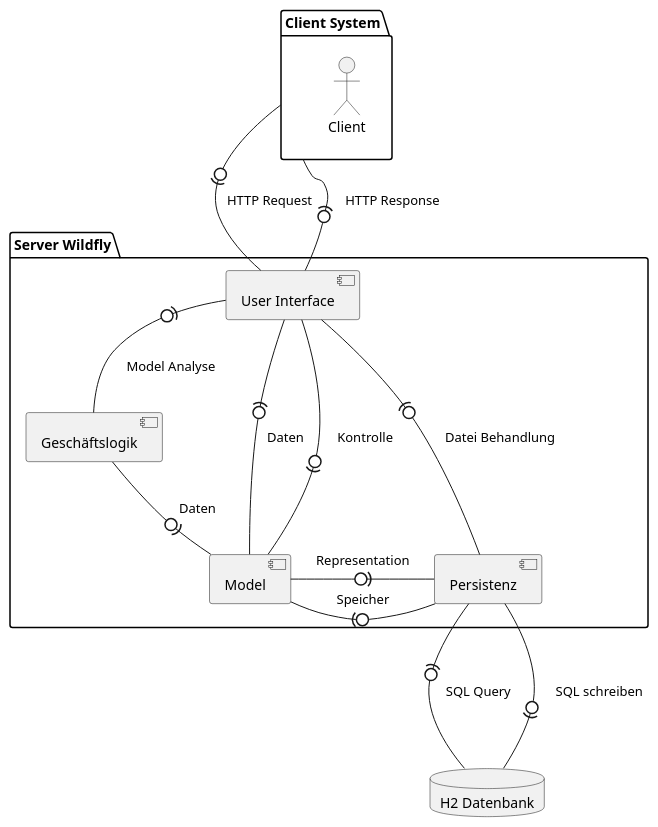
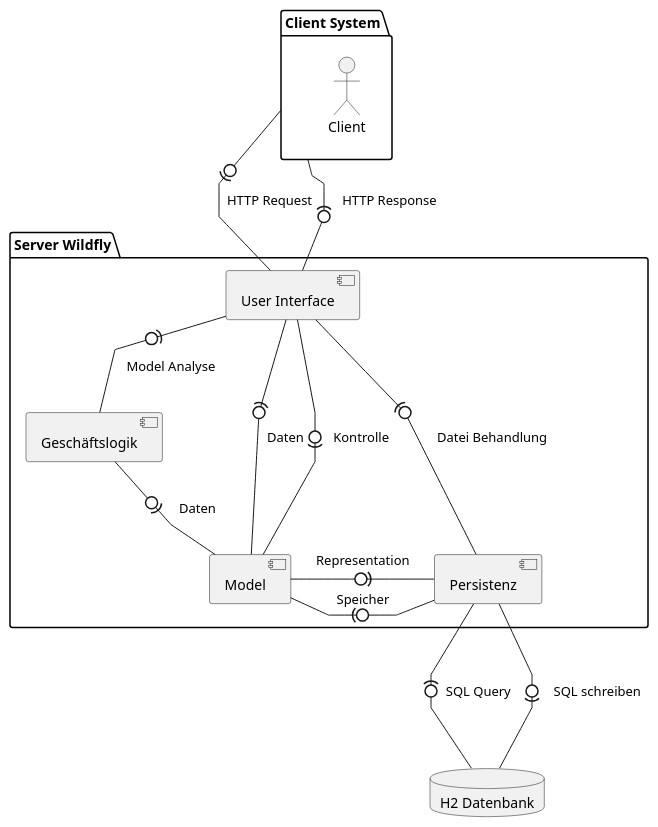
Before and after one commit to fkehlenb/softwareprojekt-2: the sixth of 9 diagrams in doc/UML/plantuml.org, drawn with PlantUML. The commit also changed other lines of this file and 2 other files, not shown here.

```diff
--- a/doc/UML/plantuml.org
+++ b/doc/UML/plantuml.org
@@ -115,33 +115,34 @@
 #+BEGIN_SRC plantuml :file konzeptionelleSicht.png
+skinparam linetype polyline
 package "Server Wildfly" as server{
 together {
   [Persistenz] as per
   [Geschäftslogik] as gl
   [Model] as model
 }
 [User Interface] as ui
 
 }
 
 database "H2 Datenbank" as db
 
 package "Client System" as ext {
 actor "Client" as client
 }
 
 model -left(0- gl: "Daten"
 model -right0)- per: "Representation"
 model -right(0- per: "Speicher"
 model -up0)-- ui: Daten
 model -up(0-- ui: "   Kontrolle"
 
 ui -(0- per: "Datei Behandlung"
 ui -(0- gl: " Model Analyse"
 
 db --up0)- per: "  SQL Query   "
 db --up(0- per: "    SQL schreiben"
 
 
 ui -up(0- ext: "HTTP Request"
 ui -up0)- ext: "   HTTP Response"
 #+END_SRC
```
